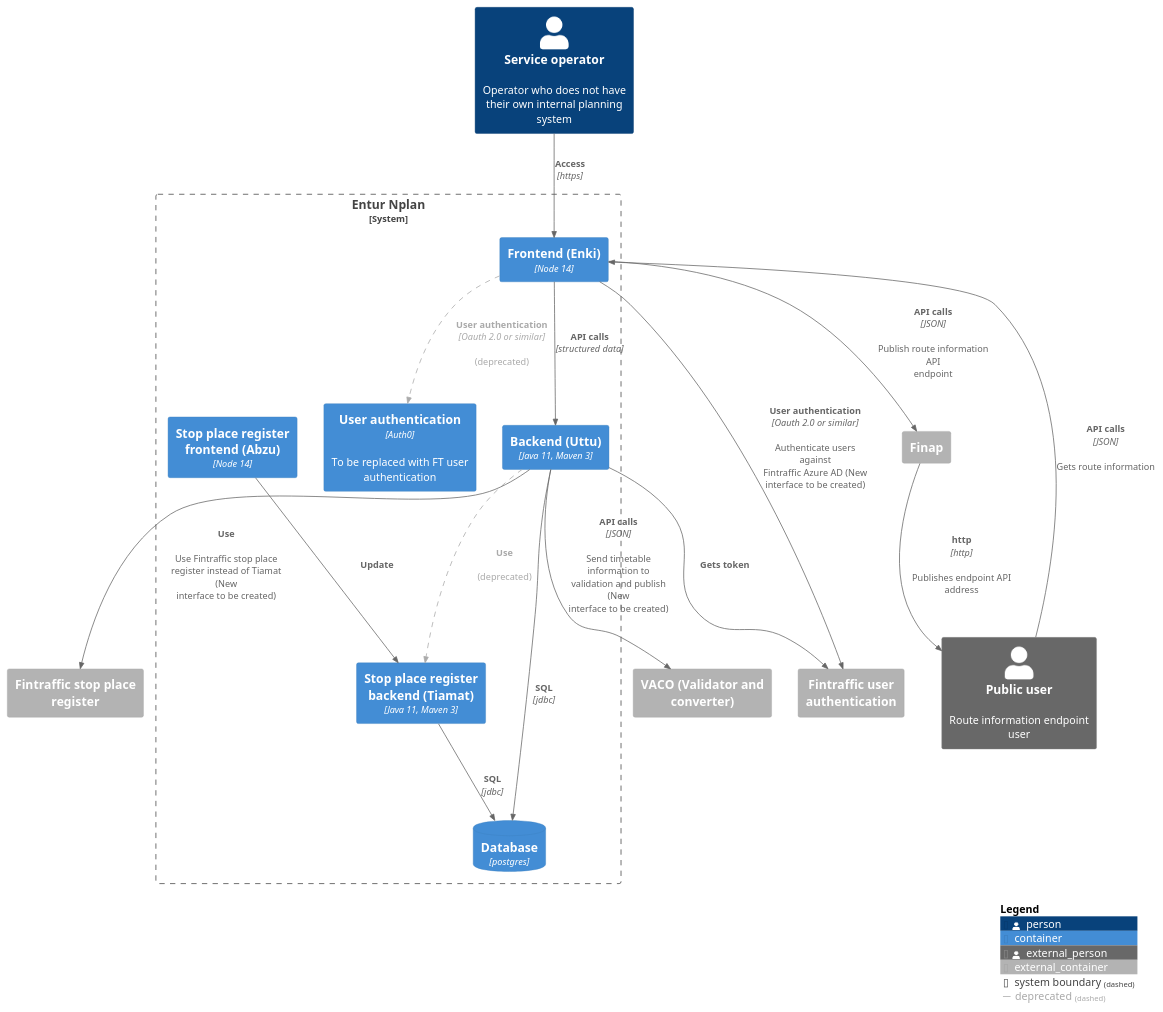
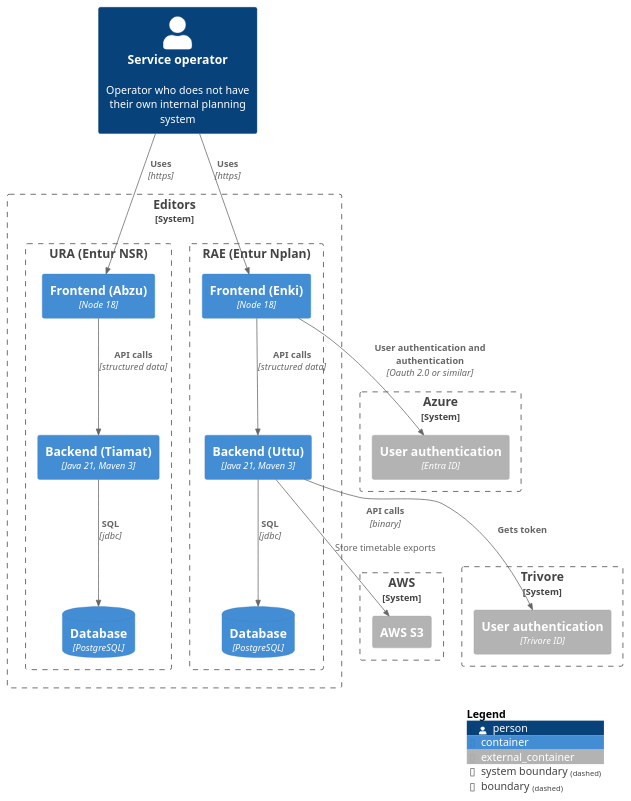
Before and after one commit to tmfg/digitraffic-tis-utilities: the diagram in architecture/tis/c4/l2_container_editor.puml, drawn with PlantUML. The commit also changed 9 other files, not shown here.

First line of the commit message:
update vaco's main diagrams to make them resemble the actual implementation

```diff
--- a/architecture/tis/c4/l2_container_editor.puml
+++ b/architecture/tis/c4/l2_container_editor.puml
@@ -1,43 +1,52 @@
 @startuml Container for editor
 !include https://raw.githubusercontent.com/plantuml-stdlib/C4-PlantUML/master/C4_Container.puml
-
-LAYOUT_TOP_DOWN()
 
 AddRelTag("deprecated",$textColor="#aaaaaa",$lineColor="#aaaaaa",$lineStyle=DashedLine())
 
 Person(ServiceOperator,"Service operator", "Operator who does not have their own internal planning system")
 
-System_Boundary(s1,"Entur Nplan") {
-    ContainerDb(nplandb,"Database","postgres")
-    Container(abzu,"Stop place register frontend (Abzu)","Node 14")
-    Container(tiamat,"Stop place register backend (Tiamat)","Java 11, Maven 3")
-    Container(uttu,"Backend (Uttu)","Java 11, Maven 3")
-    Container(enki,"Frontend (Enki)","Node 14","")
-    Container(userauth,"User authentication","Auth0","To be replaced with FT user authentication")
+System_Boundary(editors,"Editors") {
+    Boundary(s1,"RAE (Entur Nplan)") {
+        ContainerDb(nplandb,"Database","PostgreSQL")
+        Container(uttu,"Backend (Uttu)","Java 21, Maven 3")
+        Container(enki,"Frontend (Enki)","Node 18","")
+    }
+
+    Boundary(s2,"URA (Entur NSR)") {
+        ContainerDb(nsrdb,"Database","PostgreSQL")
+        Container(abzu,"Frontend (Abzu)","Node 18")
+        Container(tiamat,"Backend (Tiamat)","Java 21, Maven 3")
+    }
 }
 
-Container_Ext(validation,"VACO (Validator and converter)")
-Container_Ext(ftuserauth,"Fintraffic user authentication")
-Container_Ext(stopdatabase,"Fintraffic stop place register")
-Container_Ext(finap,"Finap")
+System_Boundary(aws,"AWS") {
+    Container_Ext(s3, "AWS S3")
+}
 
-Person_Ext(public,"Public user","Route information endpoint user")
+System_Boundary(trivore,"Trivore") {
+    Container_Ext(auth_trivoreid,"User authentication","Trivore ID")
+}
 
-'relationships
-Rel(ServiceOperator,enki,"Access","https")
-Rel(enki,ftuserauth,"User authentication","Oauth 2.0 or similar","Authenticate users against Fintraffic Azure AD (New interface to be created)")
-Rel(enki,userauth,"User authentication","Oauth 2.0 or similar","(deprecated)",$tags="deprecated")
+System_Boundary(azure,"Azure") {
+    Container_Ext(auth_entraid,"User authentication","Entra ID")
+}
+'Container_Ext(stopdatabase,"Fintraffic stop place register")
+
+Rel(ServiceOperator,enki,"Uses","https")
+Rel(ServiceOperator,abzu,"Uses","https")
+
+Rel(enki,auth_entraid,"User authentication and authentication","Oauth 2.0 or similar")
 Rel(enki,uttu,"API calls","structured data")
 Rel(uttu,nplandb,"SQL","jdbc")
-Rel(uttu,validation,"API calls","JSON","Send timetable information to validation and publish (New interface to be created)")
-Rel(uttu,tiamat,"Use","","(deprecated)",$tags="deprecated")
-Rel(uttu,stopdatabase,"Use","","Use Fintraffic stop place register instead of Tiamat (New interface to be created)")
-Rel(abzu,tiamat,"Update")
-Rel(tiamat,nplandb,"SQL","jdbc")
-Rel(uttu,ftuserauth,"Gets token")
-Rel(enki,finap,"API calls","JSON","Publish route information API endpoint")
-Rel(public,enki,"API calls","JSON","Gets route information")
-Rel(finap,public,"http","http","Publishes endpoint API address")
+Rel(uttu,s3,"API calls","binary","Store timetable exports")
+'Rel(uttu,stopdatabase,"Use","","Use Fintraffic stop place register instead of Tiamat (New interface to be created)")
+
+Rel(abzu,tiamat,"API calls", "structured data")
+Rel(tiamat,nsrdb,"SQL","jdbc")
+Rel(uttu,auth_trivoreid,"Gets token")
+'Rel(enki,finap,"API calls","JSON","Publish route information API endpoint")
+'Rel(public,enki,"API calls","JSON","Gets route information")
+'Rel(finap,public,"http","http","Publishes endpoint API address")
 
 SHOW_LEGEND()
 @enduml
```
